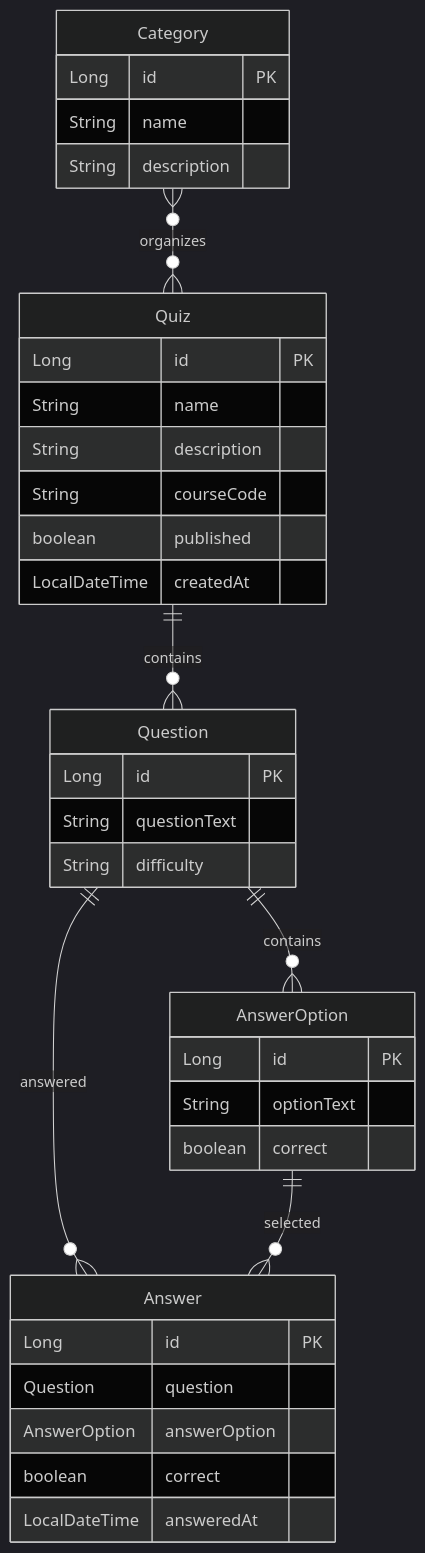
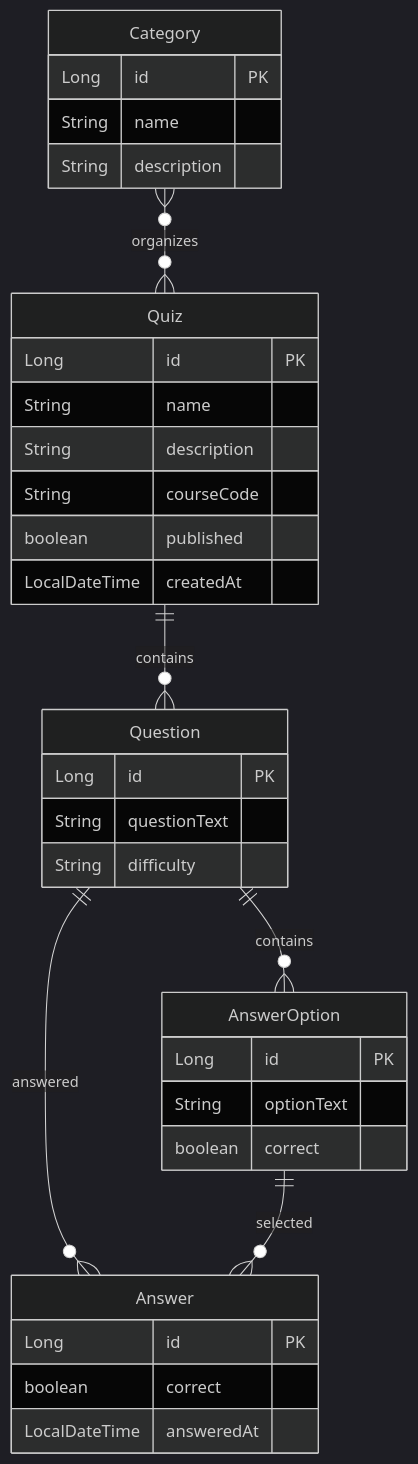
Before and after one commit to the-one-team-1/Quizzer: the diagram in README.md, drawn with Mermaid (dark theme). The commit also changed other lines of this file, not shown here.

Commit message:
refine 'Answer' definition in README
Updated the definition of 'Answer' to remove the question and answerOption references.

````diff
--- a/README.md
+++ b/README.md
@@ -45,38 +45,36 @@
 ```mermaid
 erDiagram
    Category {
       Long id PK
       String name
       String description
    }
    Quiz {
       Long id PK
       String name
       String description
       String courseCode
       boolean published
       LocalDateTime createdAt
    }
    Question {
       Long id PK
       String questionText
       String difficulty
    }
    AnswerOption {
       Long id PK
       String optionText
       boolean correct
    }
    Answer {
       Long id PK
-      Question question
-      AnswerOption answerOption
       boolean correct
       LocalDateTime answeredAt
    }
    Category 0+--0+ Quiz: "organizes"
    Quiz 1--0+ Question: "contains"
    Question 1--0+ AnswerOption: "contains"
    Question 1--0+ Answer: "answered"
    AnswerOption 1--0+ Answer: "selected"
 ```
````
